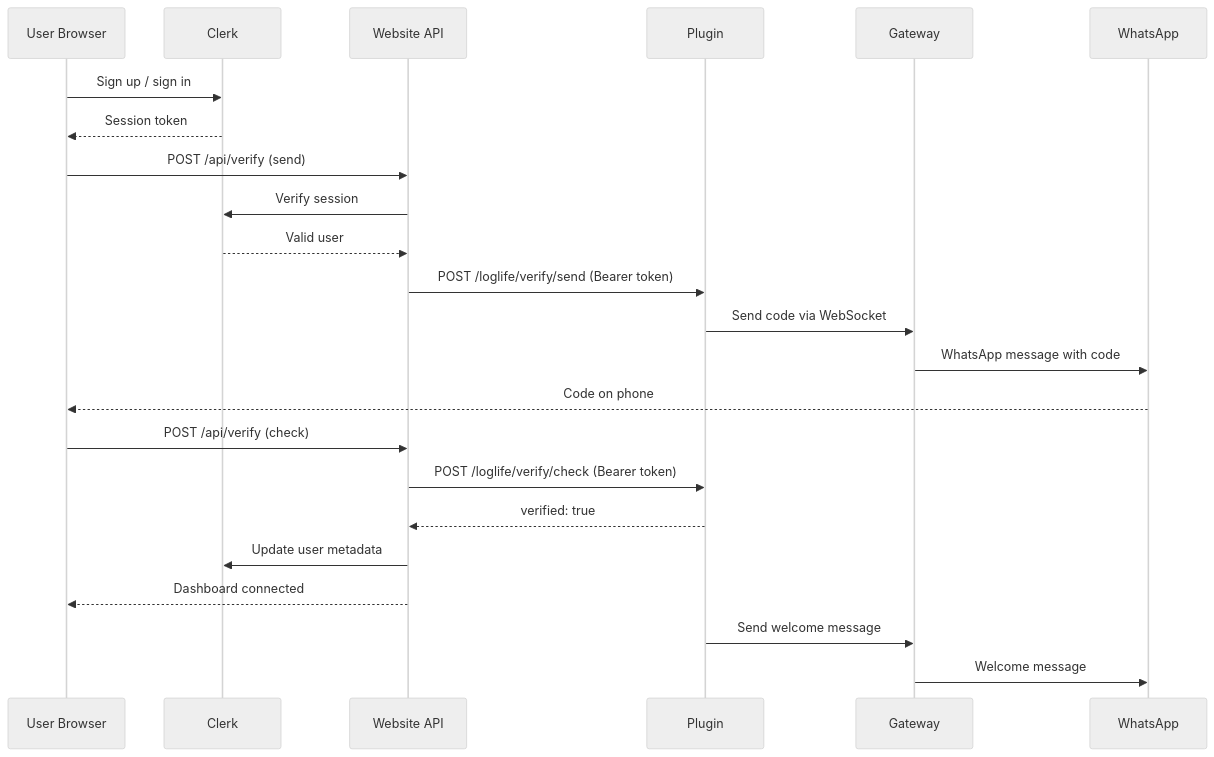
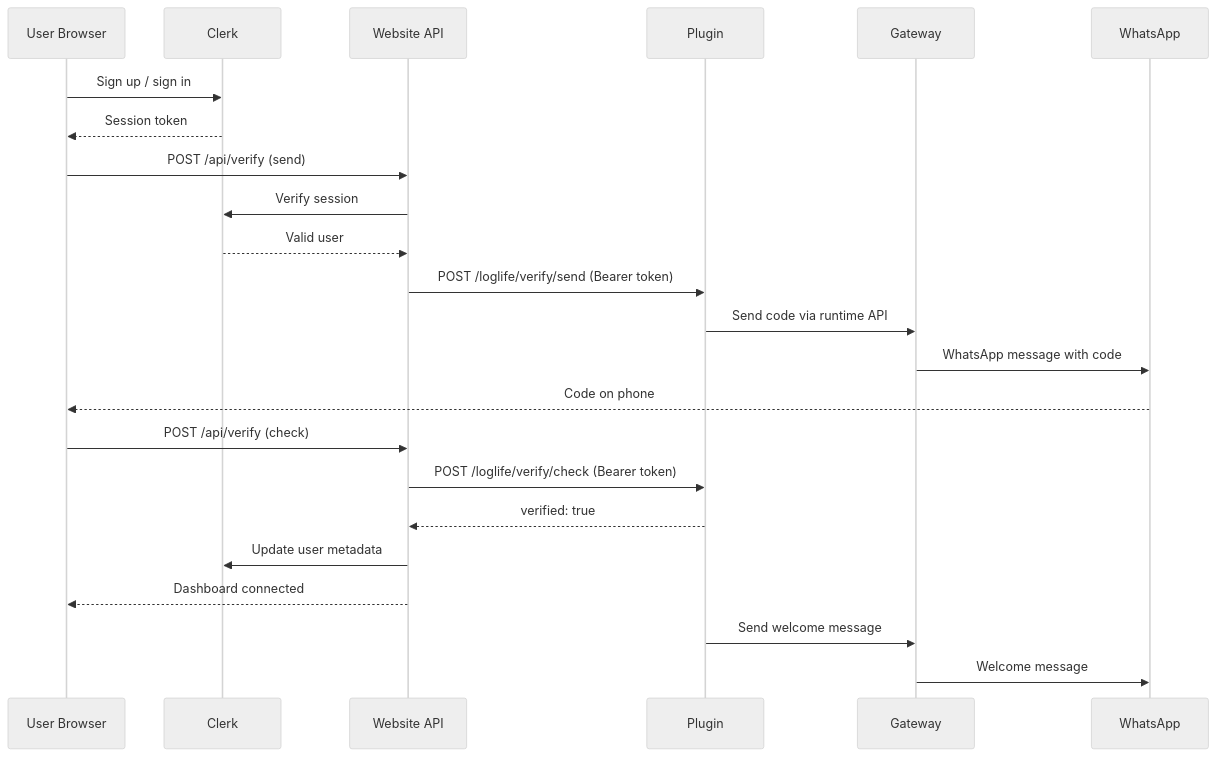
Before and after one commit to jmoraispk/loglife: the diagram in docs/security.mdx, drawn with Mermaid. The commit also changed other lines of this file and 5 other files, not shown here.

````diff
--- a/docs/security.mdx
+++ b/docs/security.mdx
@@ -85,27 +85,27 @@
 ```mermaid
 %%{init: {'theme': 'neutral'}}%%
 sequenceDiagram
     participant U as User Browser
     participant C as Clerk
     participant W as Website API
     participant P as Plugin
     participant G as Gateway
     participant WA as WhatsApp
 
     U->>C: Sign up / sign in
     C-->>U: Session token
     U->>W: POST /api/verify (send)
     W->>C: Verify session
     C-->>W: Valid user
     W->>P: POST /loglife/verify/send (Bearer token)
-    P->>G: Send code via WebSocket
+    P->>G: Send code via runtime API
     G->>WA: WhatsApp message with code
     WA-->>U: Code on phone
     U->>W: POST /api/verify (check)
     W->>P: POST /loglife/verify/check (Bearer token)
     P-->>W: verified: true
     W->>C: Update user metadata
     W-->>U: Dashboard connected
     P->>G: Send welcome message
     G->>WA: Welcome message
 ```
````
